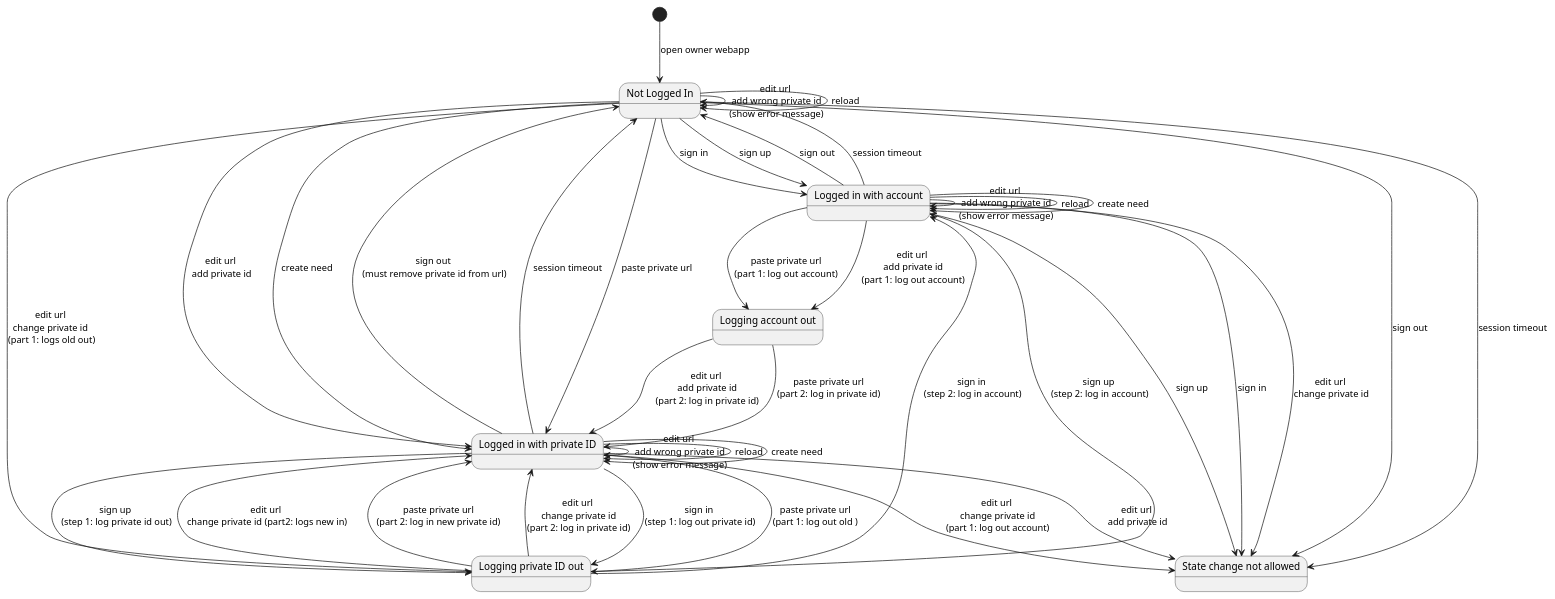
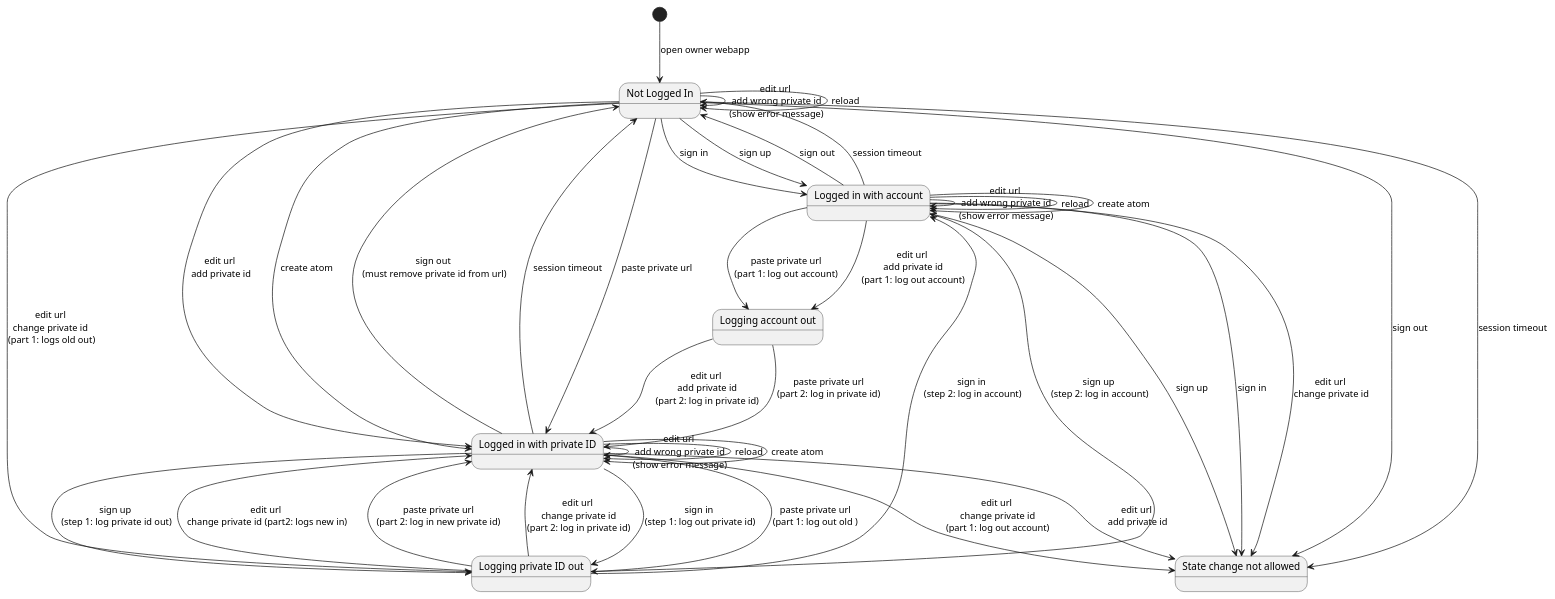
One commit to researchstudio-sat/webofneeds changed the diagram in webofneeds/won-owner-webapp/doc/diagrams/state-diagram-login.puml. Above: the diagram before and after it, drawn with PlantUML. The commit also changed 2097 other files, not shown here.

```diff
--- a/webofneeds/won-owner-webapp/doc/diagrams/state-diagram-login.puml
+++ b/webofneeds/won-owner-webapp/doc/diagrams/state-diagram-login.puml
@@ -1,63 +1,63 @@
 @startuml
 [*] --> Not: open owner webapp
 state "Not Logged In" as Not
 state "Logged in with account" as Account 
 state "Logged in with private ID" as Private 
 state "Logging private ID out" as LogoutPrivate
 state "Logging account out" as LogoutAccount
 state "State change not allowed" as NotAllowed
 
 Not --> Not: reload
 Not --> Account: sign in
 Not --> NotAllowed: sign out
 Not -> Not: edit url \nadd wrong private id\n(show error message)
 Not --> Private: paste private url
 Not --> Private: edit url \nadd private id
 Not --> LogoutPrivate: edit url \nchange private id \n(part 1: logs old out)
 LogoutPrivate --> Private:  edit url \nchange private id (part2: logs new in)
-Not --> Private: create need
+Not --> Private: create atom
 Not --> Account: sign up
 Not --> NotAllowed: session timeout
 
 
 
 Account --> Account: reload
 Account --> NotAllowed: sign in
 Account --> Not: sign out
 Account -> Account: edit url \nadd wrong private id\n(show error message)
 
 Account --> LogoutAccount:  paste private url\n(part 1: log out account)
 LogoutAccount --> Private: paste private url\n(part 2: log in private id)
 
 Account --> LogoutAccount:  edit url \nadd private id\n(part 1: log out account)
 LogoutAccount --> Private: edit url \nadd private id\n(part 2: log in private id)
 
 Account --> NotAllowed: edit url \nchange private id 
 
-Account --> Account: create need
+Account --> Account: create atom
 Account --> NotAllowed: sign up
 Account --> Not: session timeout
 
 
 
 Private --> Private: reload
 Private --> LogoutPrivate: sign in \n(step 1: log out private id)
 LogoutPrivate --> Account: sign in \n(step 2: log in account)
 Private --> Not: sign out \n(must remove private id from url)
 Private -> Private: edit url \nadd wrong private id\n(show error message)
 
 Private --> LogoutPrivate:  paste private url\n(part 1: log out old )
 LogoutPrivate --> Private: paste private url\n(part 2: log in new private id)
 
 Private --> NotAllowed:  edit url \nchange private id\n(part 1: log out account)
 LogoutPrivate --> Private: edit url \nchange private id\n(part 2: log in private id)
 
 Private --> NotAllowed: edit url \nadd private id 
 
-Private --> Private: create need
+Private --> Private: create atom
 Private --> LogoutPrivate: sign up \n(step 1: log private id out)
 LogoutPrivate --> Account: sign up \n(step 2: log in account)
 
 Private --> Not: session timeout
 
 @enduml
```
